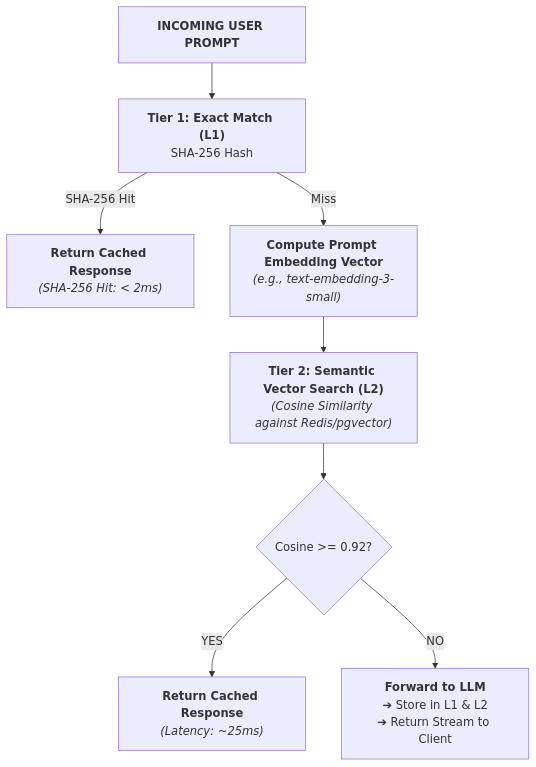
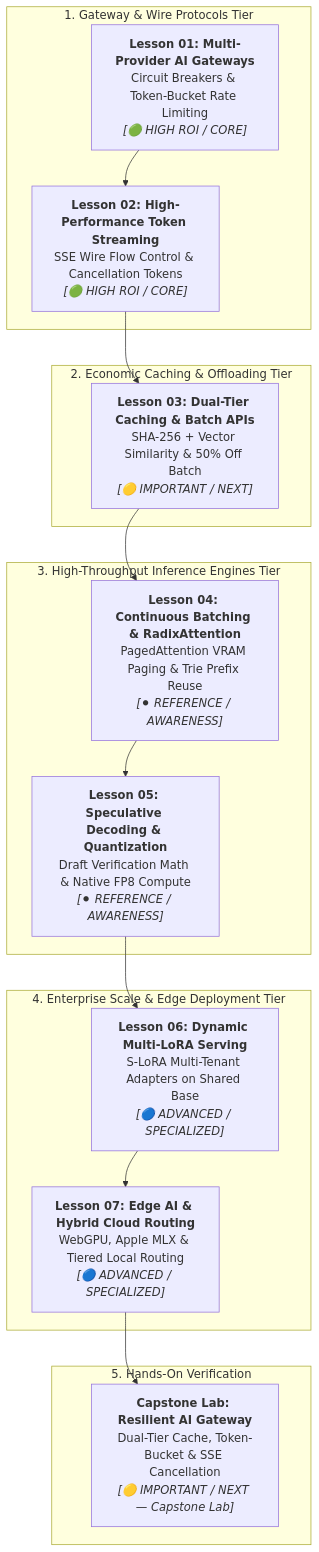
The diagram in 07-production-deployment-and-llmops/README.md (dip4k/senior-engineer-to-ai-engineer-roadmap), drawn with Mermaid before and after one commit. The commit also changed other lines of this file and 59 other files, not shown here.

````diff
--- a/07-production-deployment-and-llmops/README.md
+++ b/07-production-deployment-and-llmops/README.md
@@ -660,19 +24,37 @@
 ```mermaid
 flowchart TD
-    Prompt["<b>INCOMING USER PROMPT</b>"]
-    L1["<b>Tier 1: Exact Match (L1)</b><br/>SHA-256 Hash"]
-    HitL1["<b>Return Cached Response</b><br/><i>(SHA-256 Hit: &lt; 2ms)</i>"]
-    Embed["<b>Compute Prompt Embedding Vector</b><br/><i>(e.g., text-embedding-3-small)</i>"]
-    L2["<b>Tier 2: Semantic Vector Search (L2)</b><br/><i>(Cosine Similarity against Redis/pgvector)</i>"]
-    Check{"Cosine &gt;= 0.92?"}
-    HitL2["<b>Return Cached Response</b><br/><i>(Latency: ~25ms)</i>"]
-    LLM["<b>Forward to LLM</b><br/>➔ Store in L1 &amp; L2<br/>➔ Return Stream to Client"]
+    subgraph IngressTier["1. Gateway & Wire Protocols Tier"]
+        L1["<b>Lesson 01: Multi-Provider AI Gateways</b><br/>Circuit Breakers & Token-Bucket Rate Limiting<br/><i>[🟢 HIGH ROI / CORE]</i>"]
+        L2["<b>Lesson 02: High-Performance Token Streaming</b><br/>SSE Wire Flow Control & Cancellation Tokens<br/><i>[🟢 HIGH ROI / CORE]</i>"]
+        L1 --> L2
+    end
 
-    Prompt --> L1
-    L1 -->|"SHA-256 Hit"| HitL1
-    L1 -->|"Miss"| Embed
-    Embed --> L2
-    L2 --> Check
-    Check -->|"YES"| HitL2
-    Check -->|"NO"| LLM
+    subgraph GovernanceTier["2. Economic Caching & Offloading Tier"]
+        L3["<b>Lesson 03: Dual-Tier Caching & Batch APIs</b><br/>SHA-256 + Vector Similarity & 50% Off Batch<br/><i>[🟡 IMPORTANT / NEXT]</i>"]
+        L2 --> L3
+    end
+
+    subgraph CoreEngineTier["3. High-Throughput Inference Engines Tier"]
+        L4["<b>Lesson 04: Continuous Batching & RadixAttention</b><br/>PagedAttention VRAM Paging & Trie Prefix Reuse<br/><i>[⚫ REFERENCE / AWARENESS]</i>"]
+        L5["<b>Lesson 05: Speculative Decoding & Quantization</b><br/>Draft Verification Math & Native FP8 Compute<br/><i>[⚫ REFERENCE / AWARENESS]</i>"]
+        L3 --> L4
+        L4 --> L5
+    end
+
+    subgraph SpecializationTier["4. Enterprise Scale & Edge Deployment Tier"]
+        L6["<b>Lesson 06: Dynamic Multi-LoRA Serving</b><br/>S-LoRA Multi-Tenant Adapters on Shared Base<br/><i>[🔵 ADVANCED / SPECIALIZED]</i>"]
+        L7["<b>Lesson 07: Edge AI & Hybrid Cloud Routing</b><br/>WebGPU, Apple MLX & Tiered Local Routing<br/><i>[🔵 ADVANCED / SPECIALIZED]</i>"]
+        L5 --> L6
+        L6 --> L7
+    end
+
+    subgraph LabTier["5. Hands-On Verification"]
+        Lab["<b>Capstone Lab: Resilient AI Gateway</b><br/>Dual-Tier Cache, Token-Bucket & SSE Cancellation<br/><i>[🟡 IMPORTANT / NEXT — Capstone Lab]</i>"]
+        L7 --> Lab
+    end
+
+    IngressTier ~~~ GovernanceTier
+    GovernanceTier ~~~ CoreEngineTier
+    CoreEngineTier ~~~ SpecializationTier
+    SpecializationTier ~~~ LabTier
 ```
````
